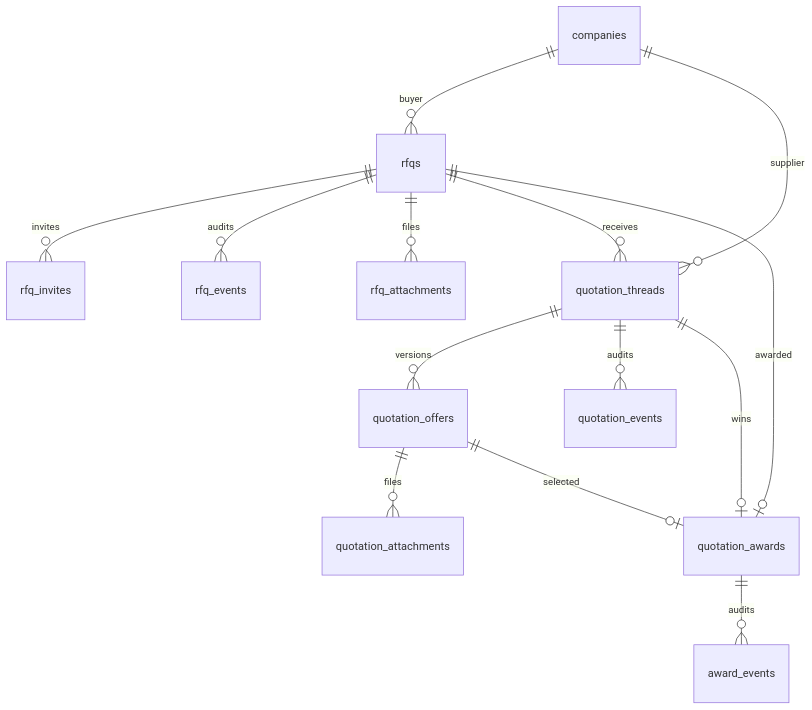
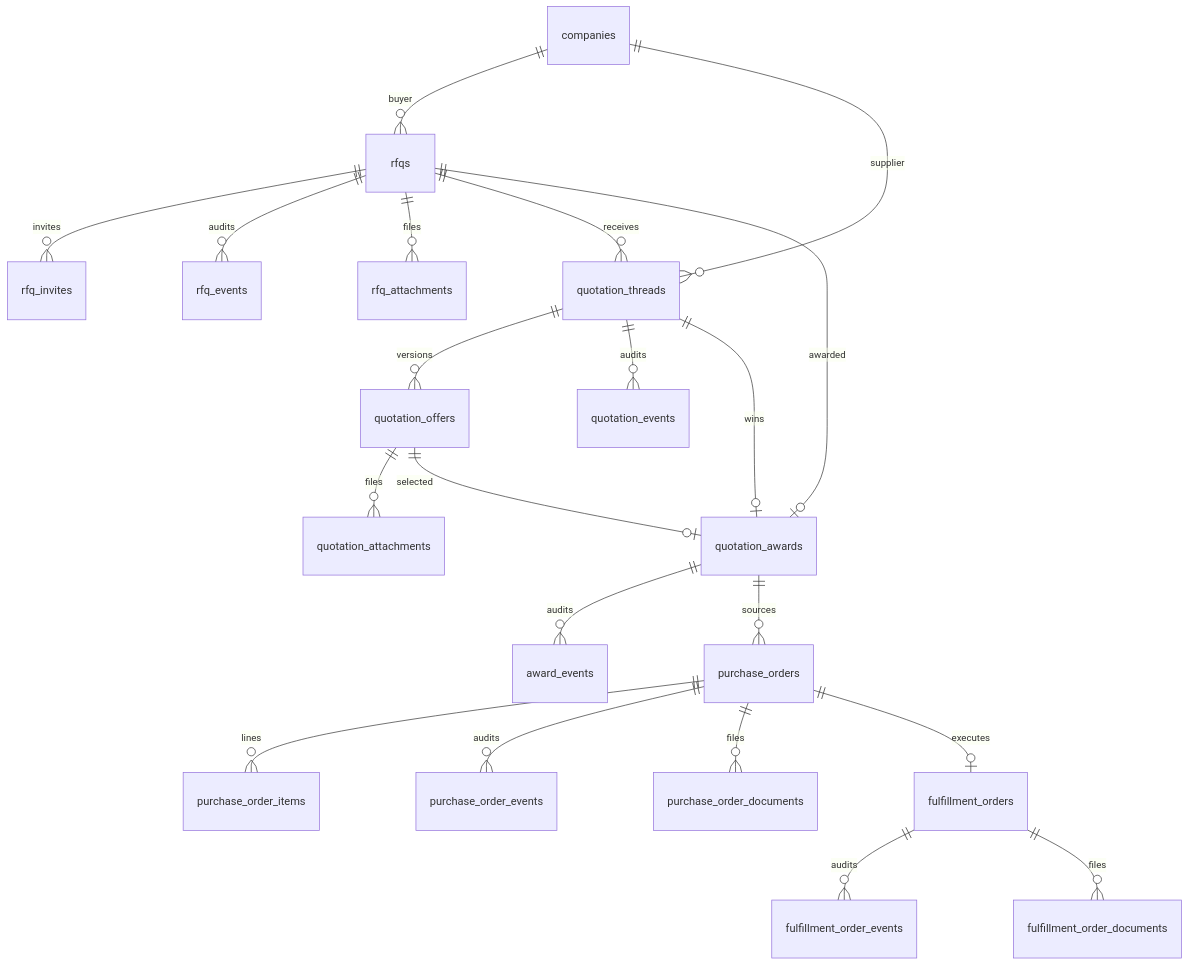
The third of 3 diagrams in docs/architecture/ER_DIAGRAM.md (Amir4114/trade-grid-global), drawn with Mermaid before and after one commit. The commit also changed other lines of this file and 114 other files, not shown here.

````diff
--- a/docs/architecture/ER_DIAGRAM.md
+++ b/docs/architecture/ER_DIAGRAM.md
@@ -51,16 +51,23 @@
 ```mermaid
 erDiagram
   companies ||--o{ rfqs : buyer
   rfqs ||--o{ rfq_invites : invites
   rfqs ||--o{ rfq_events : audits
   rfqs ||--o{ rfq_attachments : files
   rfqs ||--o{ quotation_threads : receives
   companies ||--o{ quotation_threads : supplier
   quotation_threads ||--o{ quotation_offers : versions
   quotation_threads ||--o{ quotation_events : audits
   quotation_offers ||--o{ quotation_attachments : files
   rfqs ||--o| quotation_awards : awarded
   quotation_threads ||--o| quotation_awards : wins
   quotation_offers ||--o| quotation_awards : selected
   quotation_awards ||--o{ award_events : audits
+  quotation_awards ||--o{ purchase_orders : sources
+  purchase_orders ||--o{ purchase_order_items : lines
+  purchase_orders ||--o{ purchase_order_events : audits
+  purchase_orders ||--o{ purchase_order_documents : files
+  purchase_orders ||--o| fulfillment_orders : executes
+  fulfillment_orders ||--o{ fulfillment_order_events : audits
+  fulfillment_orders ||--o{ fulfillment_order_documents : files
 ```
````
